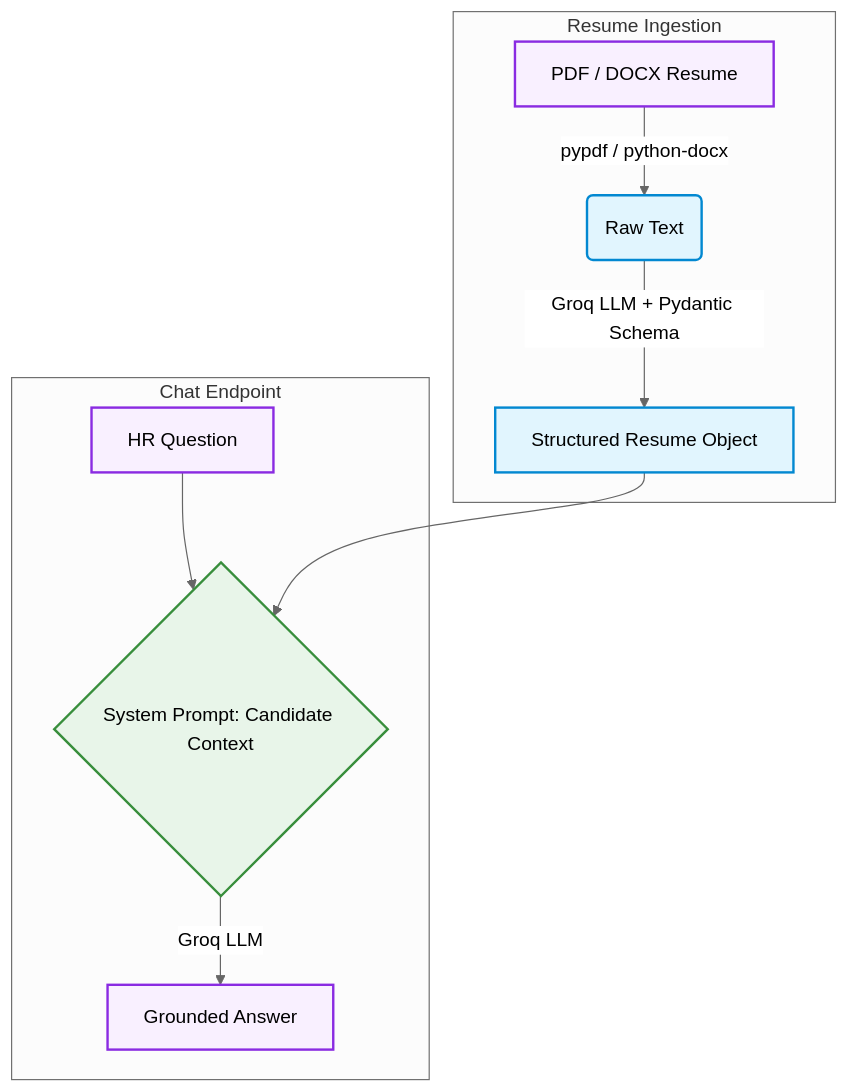
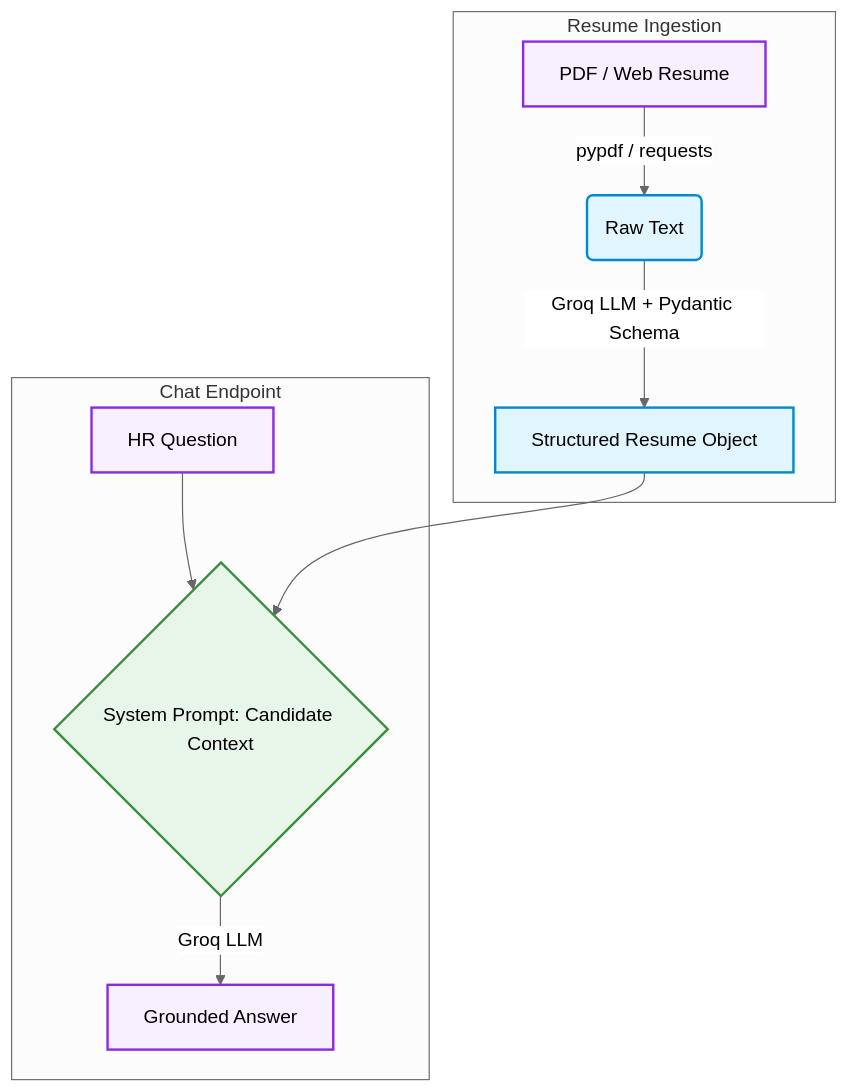
The diagram in README.md (Shashank17singh/Hire-Me-AI), drawn with Mermaid (neutral theme) before and after one commit. The commit also changed other lines of this file, not shown here.

Commit message:
update readme to match code: gpt-oss-20b, removed python-docx, updated caching constraints

````diff
--- a/README.md
+++ b/README.md
@@ -32,21 +31,21 @@
 ```mermaid
 graph TD
     subgraph "Resume Ingestion"
-    A[PDF / DOCX Resume] -->|pypdf / python-docx| B(Raw Text)
+    A[PDF / Web Resume] -->|pypdf / requests| B(Raw Text)
     B -->|Groq LLM + Pydantic Schema| C[Structured Resume Object]
     end
 
     subgraph "Chat Endpoint"
     D[HR Question] --> E{System Prompt: Candidate Context}
     C --> E
     E -->|Groq LLM| F[Grounded Answer]
     end
 
     classDef io fill:#f9f0ff,stroke:#8a2be2,stroke-width:2px,color:#000;
     classDef core fill:#e1f5fe,stroke:#0288d1,stroke-width:2px,color:#000;
     classDef logic fill:#e8f5e9,stroke:#388e3c,stroke-width:2px,color:#000;
 
     class A,D,F io;
     class B,C core;
     class E logic;
 ```
````
